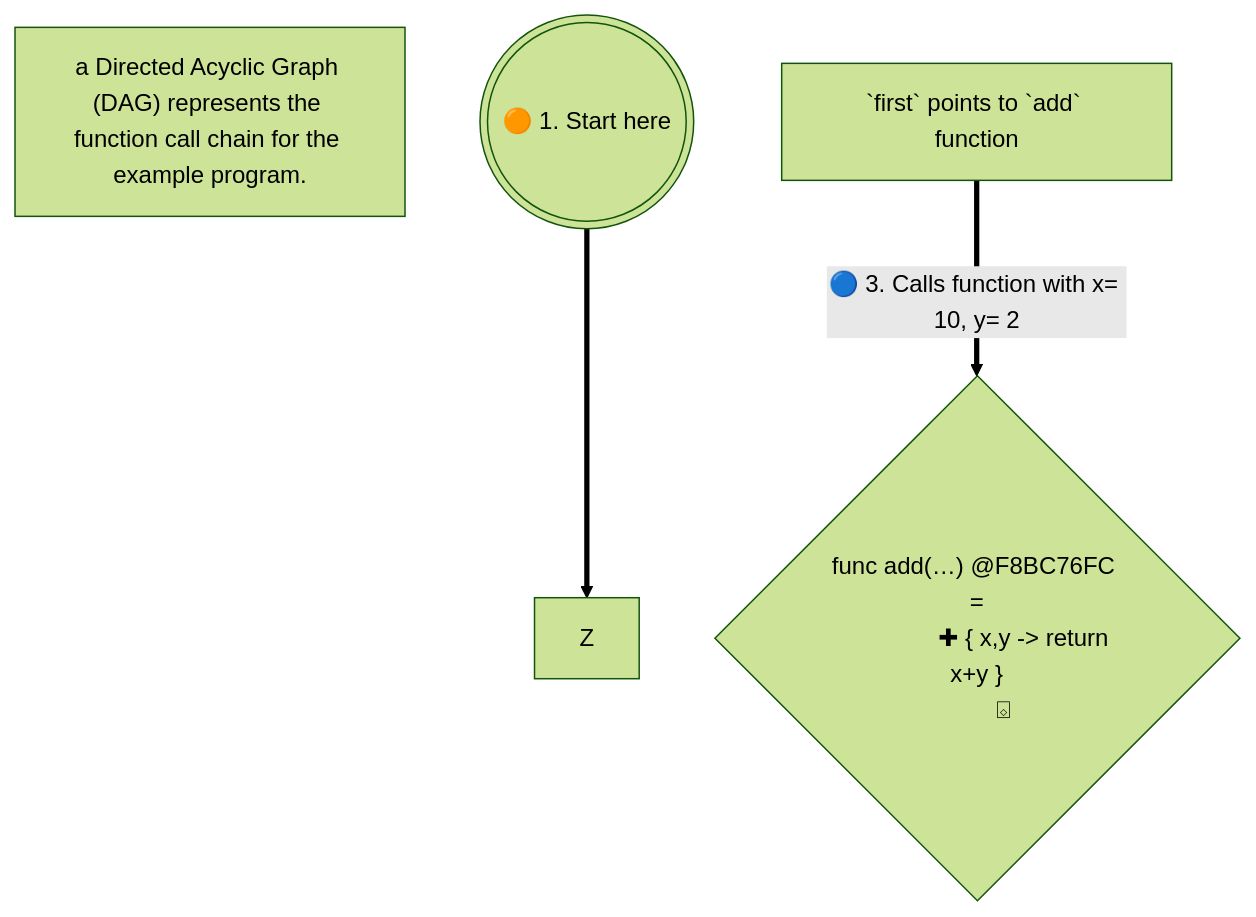
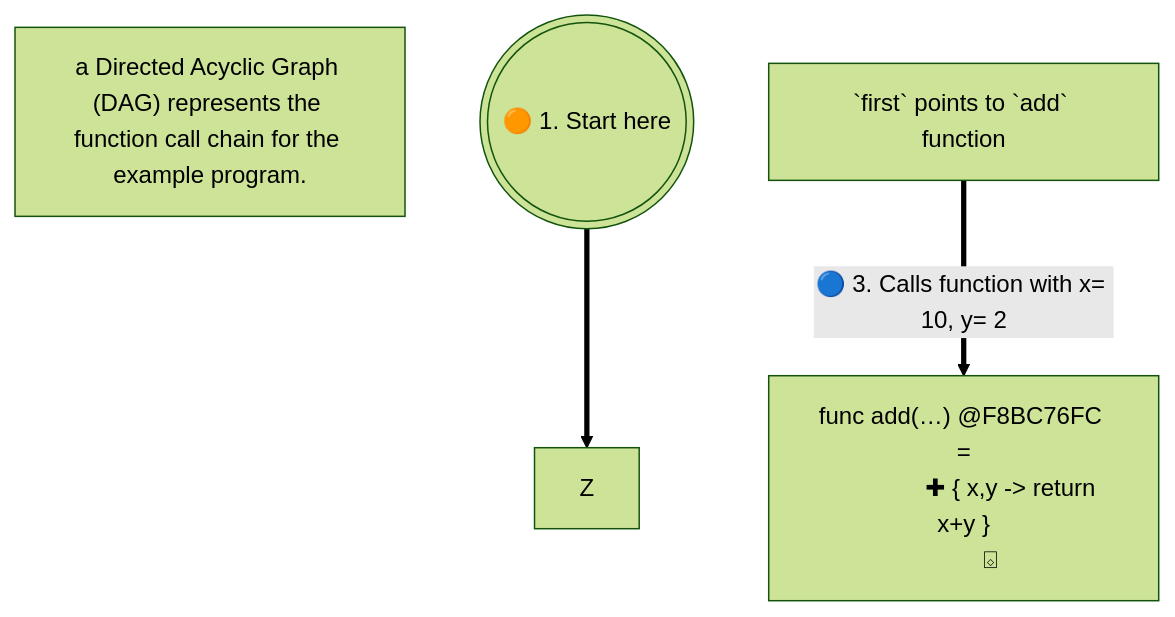
The first of 2 diagrams in 10-FunctionalProgramming.md (realityexpander/How_to_program_from_ground_up), drawn with Mermaid (forest theme) before and after one commit.

Commit message:
improve diagram

````diff
--- a/10-FunctionalProgramming.md
+++ b/10-FunctionalProgramming.md
@@ -50,11 +50,11 @@
 ```mermaid
 flowchart TB
 
     note["`a Directed Acyclic Graph (DAG) represents the function call chain for the example program.`"]
 
     start((("🟠 1. Start here"))) ==> Z
 
-    X[" `first` points to `add` function "] ==>|🔵 3. Calls function with x= 10, y= 2| addFn{" func add(…) @F8BC76FC =
+    X[" `first` points to `add` function "] ==>|🔵 3. Calls function with x= 10, y= 2| addFn[" func add(…) @F8BC76FC =
                ✚ { x,y -> return x+y }
-        ⌺"}
+        ⌺"]
 ```
````
